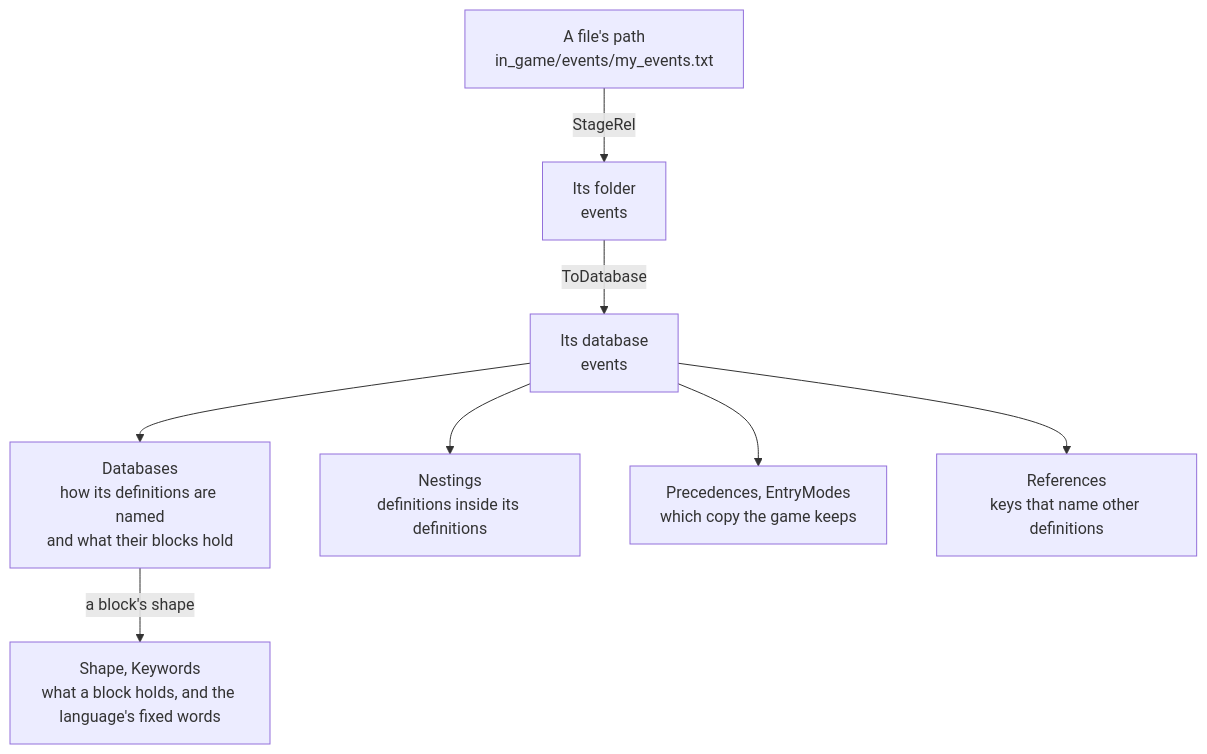
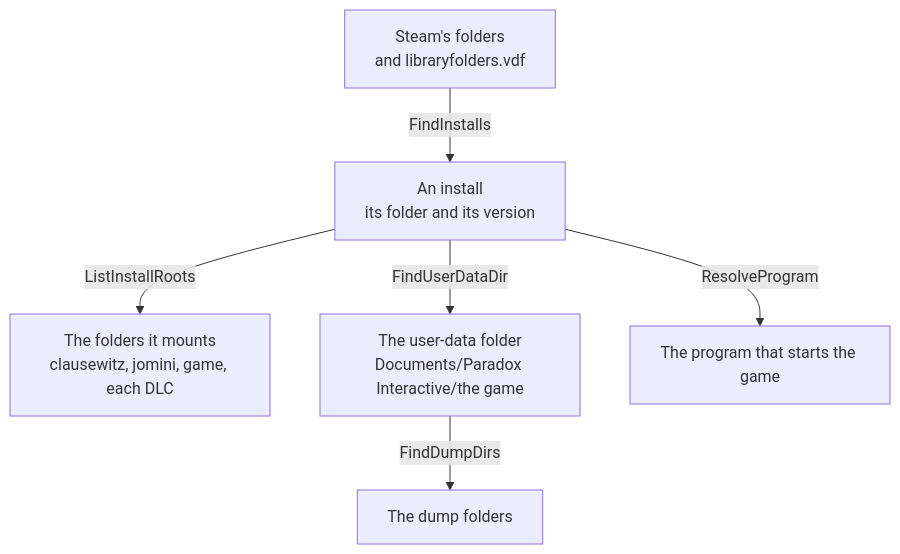
The diagram in internal/game/README.md (idodavis/paradox-modding-tools), drawn with Mermaid before and after one commit. The commit also changed other lines of this file and 126 other files, not shown here.

Commit message:
Main portion of refactor done. Split schema into two packages to support more sensible and logical design. More to come

````diff
--- a/internal/game/README.md
+++ b/internal/game/README.md
@@ -22,10 +20,8 @@
 ```mermaid
 flowchart TD
-  file["A file's path<br/>in_game/events/my_events.txt"] -->|StageRel| folder["Its folder<br/>events"]
-  folder -->|ToDatabase| database["Its database<br/>events"]
-  database --> databases["Databases<br/>how its definitions are named<br/>and what their blocks hold"]
-  database --> nestings["Nestings<br/>definitions inside its definitions"]
-  database --> precedences["Precedences, EntryModes<br/>which copy the game keeps"]
-  database --> references["References<br/>keys that name other definitions"]
-  databases -->|a block's shape| shapes["Shape, Keywords<br/>what a block holds, and the language's fixed words"]
+  steam["Steam's folders<br/>and libraryfolders.vdf"] -->|FindInstalls| install["An install<br/>its folder and its version"]
+  install -->|ListInstallRoots| roots["The folders it mounts<br/>clausewitz, jomini, game, each DLC"]
+  install -->|FindUserDataDir| user["The user-data folder<br/>Documents/Paradox Interactive/the game"]
+  user -->|FindDumpDirs| dumps["The dump folders"]
+  install -->|ResolveProgram| program["The program that starts the game"]
 ```
````
